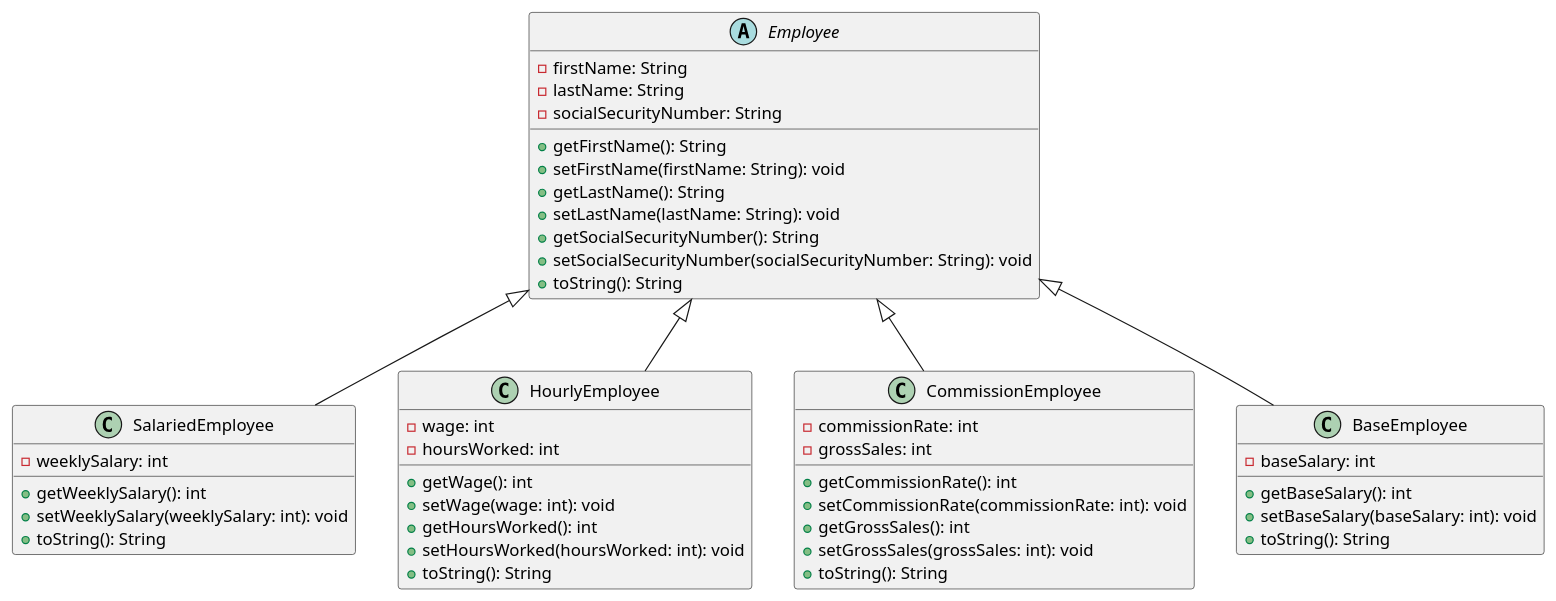
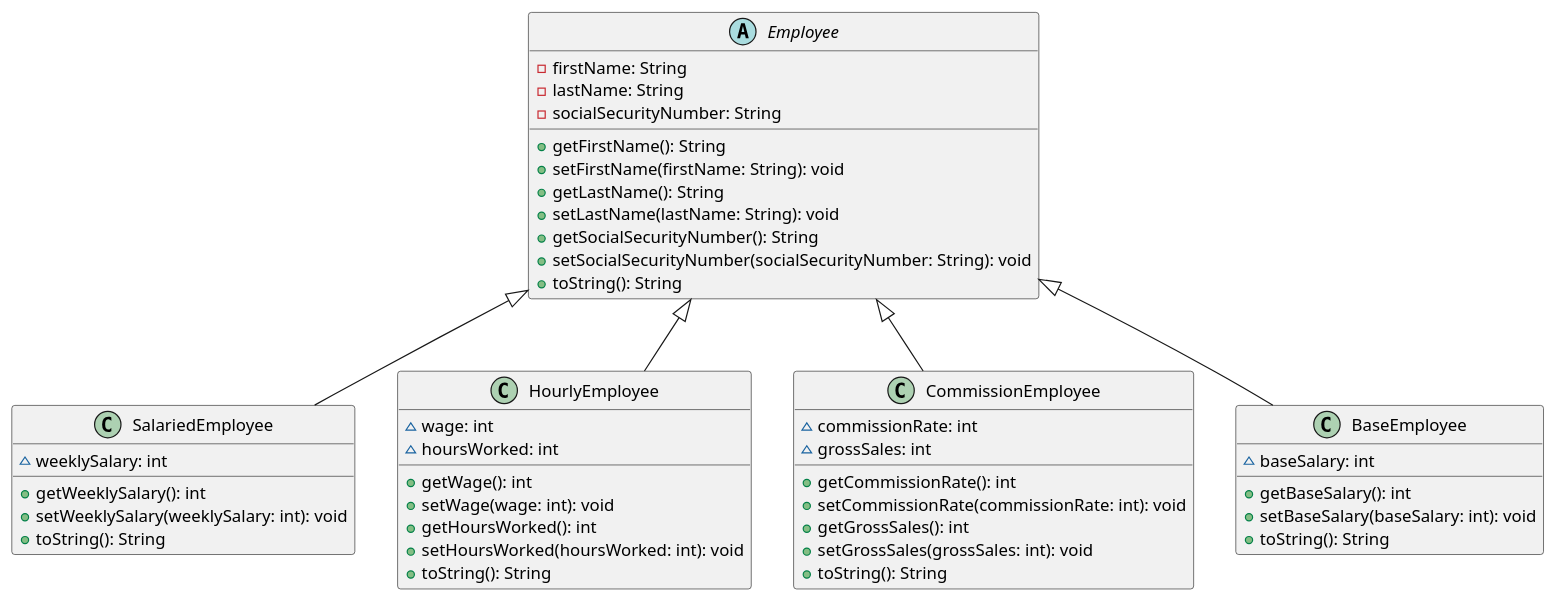
The diagram in Part1_ClassDiagram.puml (Hadiiz/CS5800_HW2), drawn with PlantUML before and after one commit.

```diff
--- a/Part1_ClassDiagram.puml
+++ b/Part1_ClassDiagram.puml
@@ -1,62 +1,60 @@
 @startuml
-'https://plantuml.com/class-diagram
-
 
 abstract class Employee {
     - firstName: String
     - lastName: String
     - socialSecurityNumber: String
 
     + getFirstName(): String
     + setFirstName(firstName: String): void
     + getLastName(): String
     + setLastName(lastName: String): void
     + getSocialSecurityNumber(): String
     + setSocialSecurityNumber(socialSecurityNumber: String): void
     + toString(): String
 }
 
 class SalariedEmployee {
-    - weeklySalary: int
+    ~ weeklySalary: int
 
     + getWeeklySalary(): int
     + setWeeklySalary(weeklySalary: int): void
     + toString(): String
 }
 
 class HourlyEmployee {
-    - wage: int
-    - hoursWorked: int
+    ~ wage: int
+    ~ hoursWorked: int
 
     + getWage(): int
     + setWage(wage: int): void
     + getHoursWorked(): int
     + setHoursWorked(hoursWorked: int): void
     + toString(): String
 }
 
 class CommissionEmployee {
-    - commissionRate: int
-    - grossSales: int
+    ~ commissionRate: int
+    ~ grossSales: int
 
     + getCommissionRate(): int
     + setCommissionRate(commissionRate: int): void
     + getGrossSales(): int
     + setGrossSales(grossSales: int): void
     + toString(): String
 }
 
 class BaseEmployee {
-    - baseSalary: int
+    ~ baseSalary: int
 
     + getBaseSalary(): int
     + setBaseSalary(baseSalary: int): void
     + toString(): String
 }
 
 Employee <|-- SalariedEmployee
 Employee <|-- HourlyEmployee
 Employee <|-- CommissionEmployee
 Employee <|-- BaseEmployee
 
 @enduml
```
